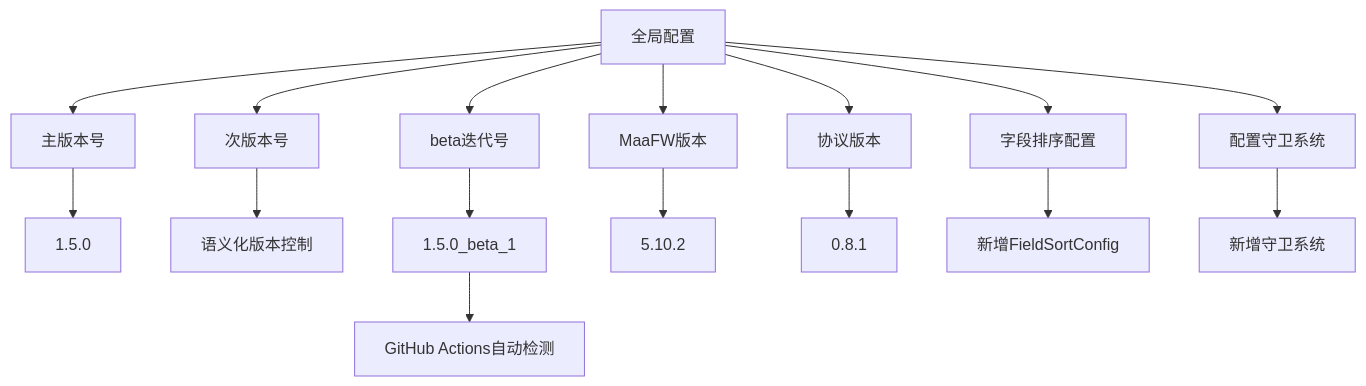
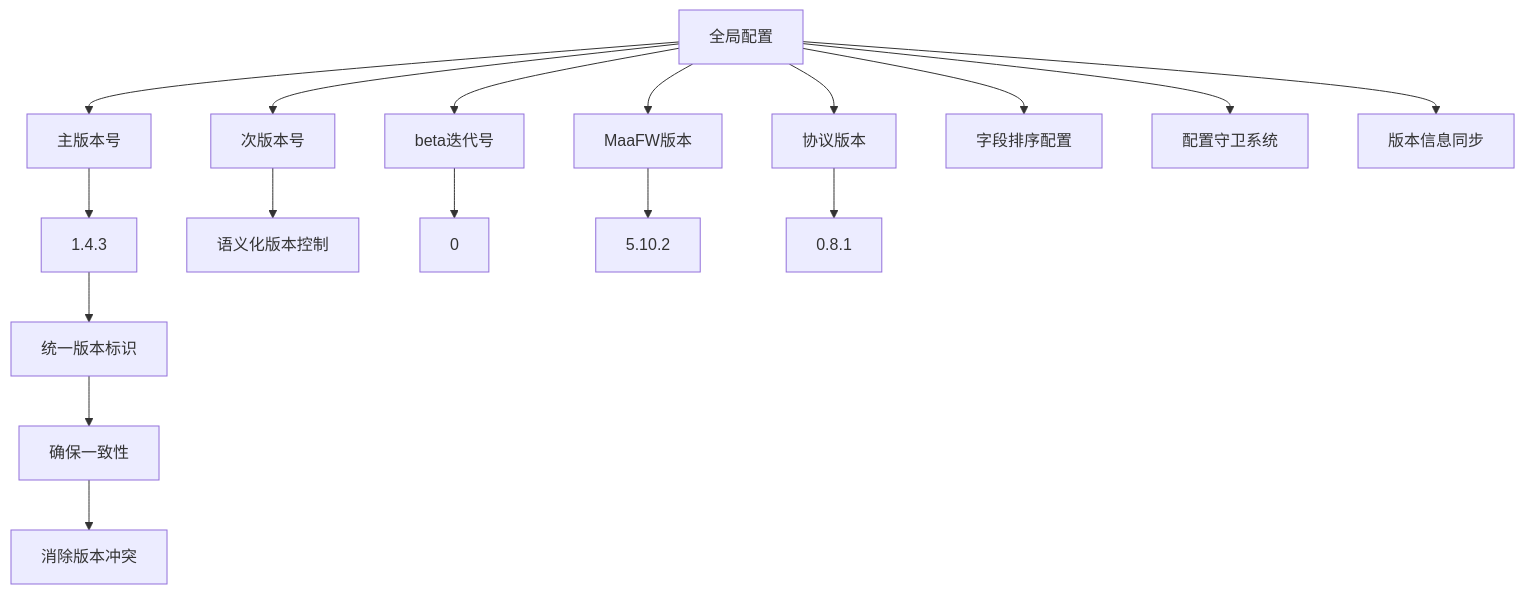
Diagram 19 of 20 in .qoder/repowiki/zh/content/Config Store/Config Store.md (kqcoxn/MaaPipelineEditor), drawn with Mermaid before and after one commit. The commit also changed other lines of this file and 13 other files, not shown here.

````diff
--- a/.qoder/repowiki/zh/content/Config Store/Config Store.md
+++ b/.qoder/repowiki/zh/content/Config Store/Config Store.md
@@ -1016,18 +1064,19 @@
 ```mermaid
 flowchart TD
 A[全局配置] --> B[主版本号]
 A --> C[次版本号]
 A --> D[beta迭代号]
 A --> E[MaaFW版本]
 A --> F[协议版本]
 A --> G[字段排序配置]
 A --> H[配置守卫系统]
-B --> I[1.5.0]
-C --> J[语义化版本控制]
-D --> K[1.5.0_beta_1]
-E --> L[5.10.2]
-F --> M[0.8.1]
-K --> N[GitHub Actions自动检测]
-G --> O[新增FieldSortConfig]
-H --> P[新增守卫系统]
+A --> I[版本信息同步]
+B --> J[1.4.3]
+C --> K[语义化版本控制]
+D --> L[0]
+E --> M[5.10.2]
+F --> N[0.8.1]
+J --> O[统一版本标识]
+O --> P[确保一致性]
+P --> Q[消除版本冲突]
 ```
````
